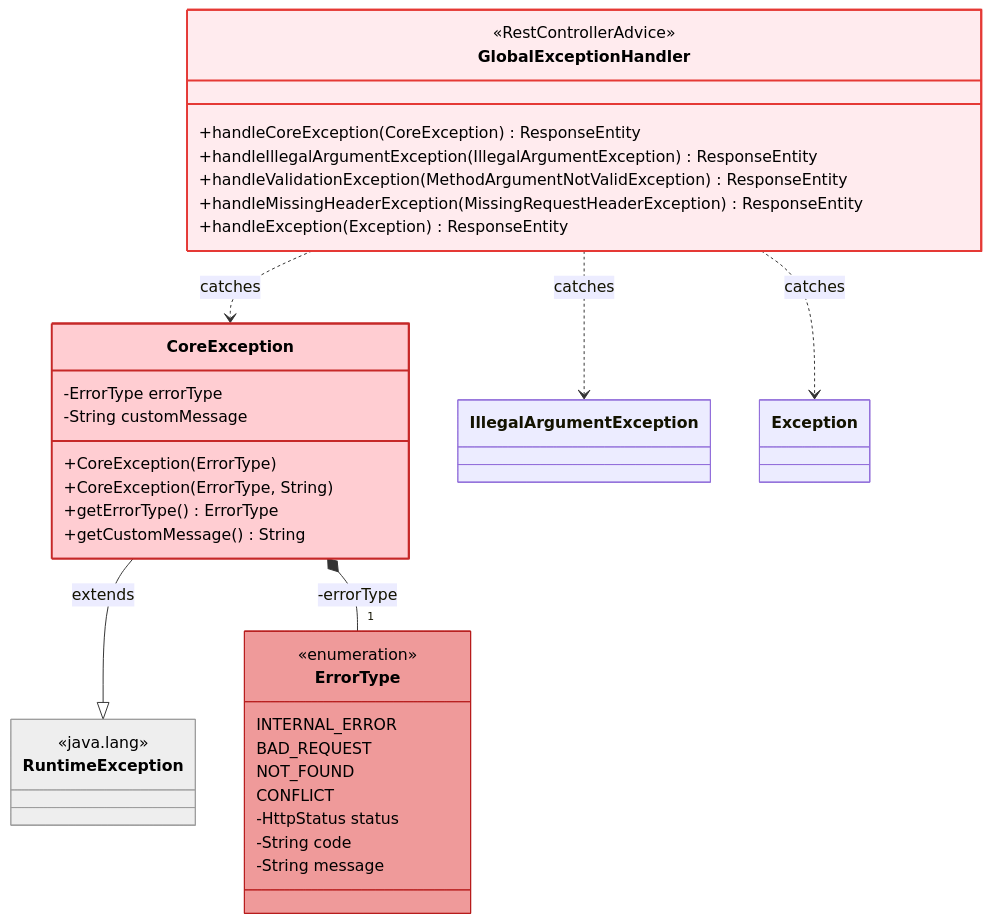
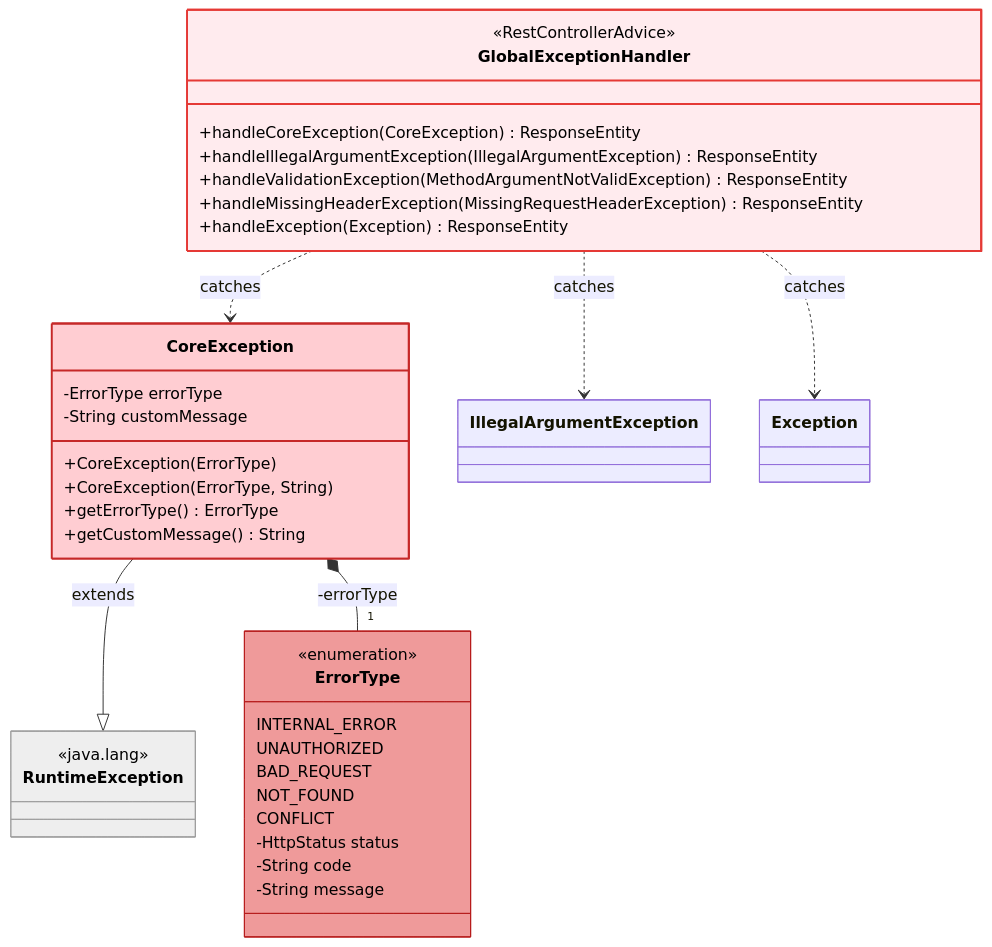
One commit to ukukdin/loop-pack-be-l2-vol3-java changed the sixth of 6 diagrams in .docs/design/03-class-diagram.md. Above: the diagram before and after it, drawn with Mermaid. The commit also changed other lines of this file and 10 other files, not shown here.

First line of the commit message:
refactor: AuthenticationService 분리 + 인증 Interceptor 도입 및 클래스 다이어그램 업데이트

````diff
--- a/.docs/design/03-class-diagram.md
+++ b/.docs/design/03-class-diagram.md
@@ -581,51 +620,52 @@
 ```mermaid
 classDiagram
     direction TB
 
     class GlobalExceptionHandler {
         <<RestControllerAdvice>>
         +handleCoreException(CoreException) ResponseEntity
         +handleIllegalArgumentException(IllegalArgumentException) ResponseEntity
         +handleValidationException(MethodArgumentNotValidException) ResponseEntity
         +handleMissingHeaderException(MissingRequestHeaderException) ResponseEntity
         +handleException(Exception) ResponseEntity
     }
     class CoreException {
         -ErrorType errorType
         -String customMessage
         +CoreException(ErrorType)
         +CoreException(ErrorType, String)
         +getErrorType() ErrorType
         +getCustomMessage() String
     }
     class ErrorType {
         <<enumeration>>
         INTERNAL_ERROR
+        UNAUTHORIZED
         BAD_REQUEST
         NOT_FOUND
         CONFLICT
         -HttpStatus status
         -String code
         -String message
     }
     class RuntimeException {
         <<java.lang>>
     }
 
     %% 일반화 (Generalization)
     CoreException --|> RuntimeException : extends
 
     %% 합성 (Composition)
     CoreException *-- "1" ErrorType : -errorType
 
     %% 의존 (Dependency) - 예외 핸들링
     GlobalExceptionHandler ..> CoreException : catches
     GlobalExceptionHandler ..> IllegalArgumentException : catches
     GlobalExceptionHandler ..> Exception : catches
 
     %% Styling
     style GlobalExceptionHandler fill:#ffebee,stroke:#e53935,stroke-width:2px,color:#000
     style CoreException fill:#ffcdd2,stroke:#c62828,stroke-width:2px,color:#000
     style ErrorType fill:#ef9a9a,stroke:#b71c1c,stroke-width:1px,color:#000
     style RuntimeException fill:#eeeeee,stroke:#9e9e9e,stroke-width:1px,color:#000
 ```
````
